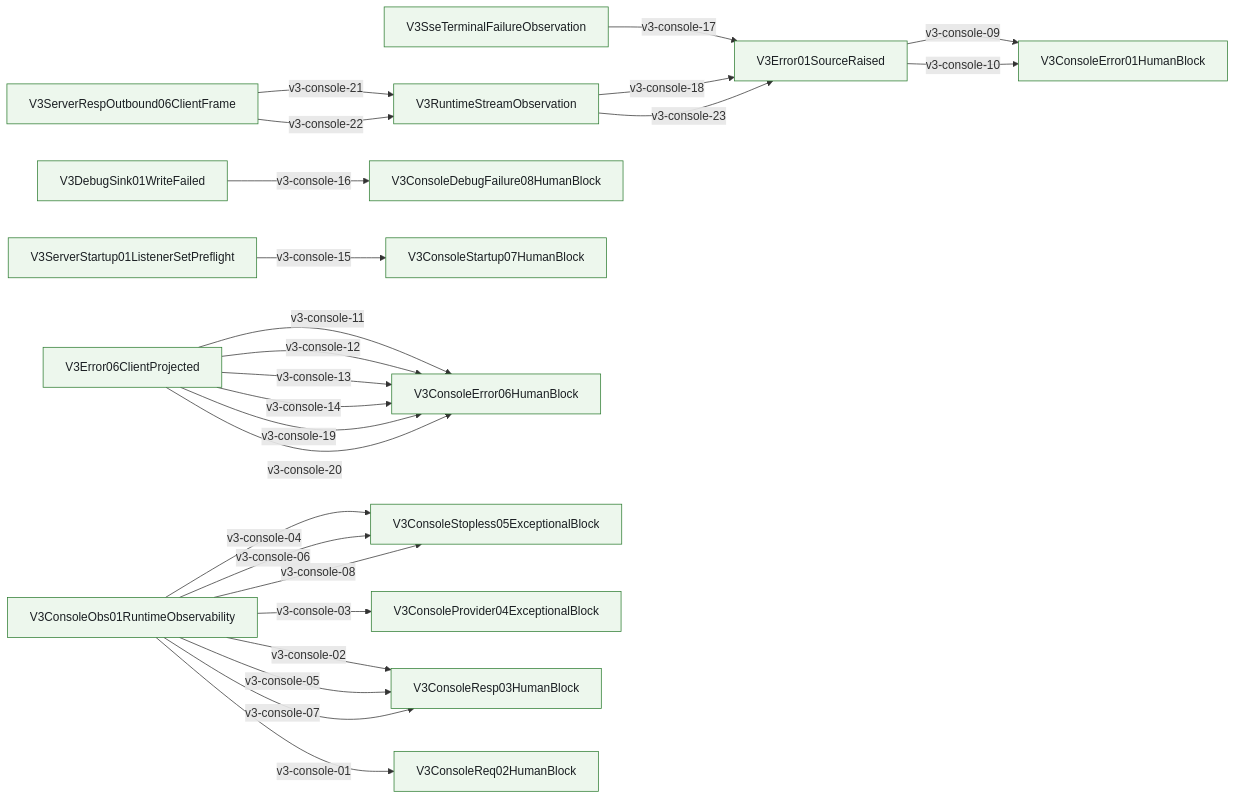
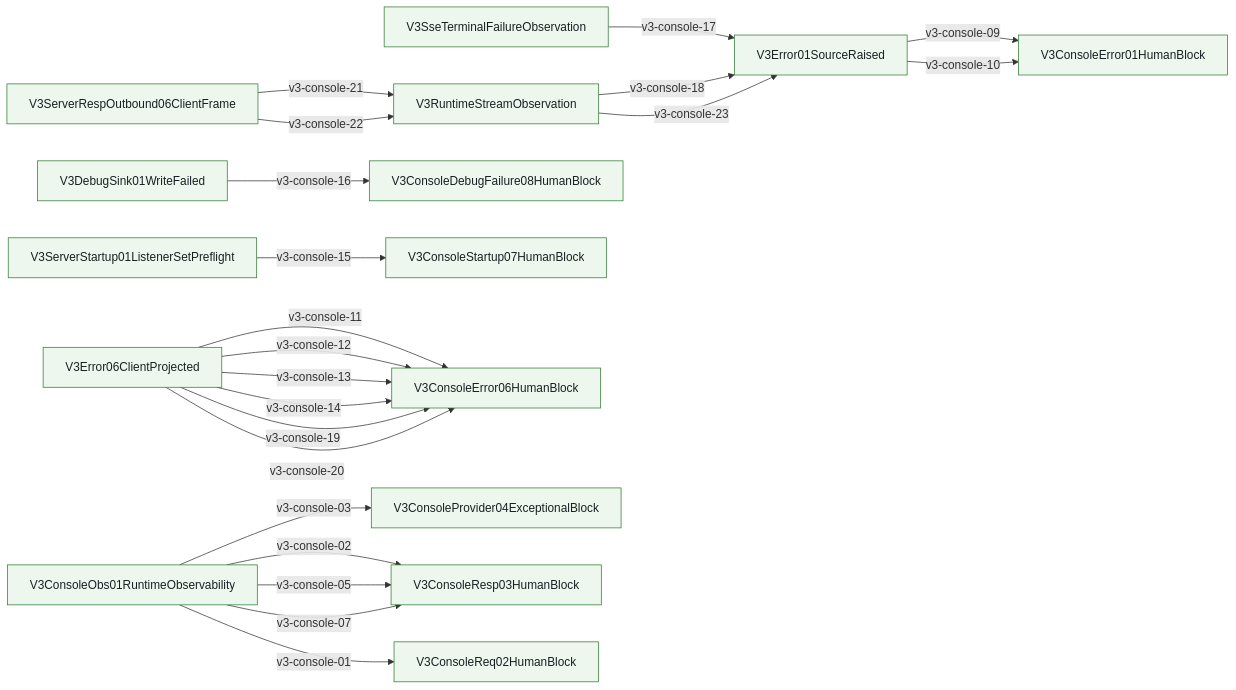
Before and after one commit to Jasonzhangf/routecodex: diagram 24 of 27 in docs/architecture/wiki/mainline-call-graph.md, drawn with Mermaid. The commit also changed other lines of this file and 330 other files, not shown here.

Commit message:
refactor(v3): retire stopless runtime

````diff
--- a/docs/architecture/wiki/mainline-call-graph.md
+++ b/docs/architecture/wiki/mainline-call-graph.md
@@ -1000,61 +888,56 @@
 ```mermaid
 flowchart LR
   V3ServerRespOutbound06ClientFrame["V3ServerRespOutbound06ClientFrame"]
   V3RuntimeStreamObservation["V3RuntimeStreamObservation"]
   V3SseTerminalFailureObservation["V3SseTerminalFailureObservation"]
   V3ConsoleDebugFailure08HumanBlock["V3ConsoleDebugFailure08HumanBlock"]
   V3DebugSink01WriteFailed["V3DebugSink01WriteFailed"]
   V3ConsoleStartup07HumanBlock["V3ConsoleStartup07HumanBlock"]
   V3ServerStartup01ListenerSetPreflight["V3ServerStartup01ListenerSetPreflight"]
   V3ConsoleError06HumanBlock["V3ConsoleError06HumanBlock"]
   V3Error06ClientProjected["V3Error06ClientProjected"]
   V3ConsoleError01HumanBlock["V3ConsoleError01HumanBlock"]
   V3Error01SourceRaised["V3Error01SourceRaised"]
-  V3ConsoleStopless05ExceptionalBlock["V3ConsoleStopless05ExceptionalBlock"]
   V3ConsoleProvider04ExceptionalBlock["V3ConsoleProvider04ExceptionalBlock"]
   V3ConsoleResp03HumanBlock["V3ConsoleResp03HumanBlock"]
   V3ConsoleReq02HumanBlock["V3ConsoleReq02HumanBlock"]
   V3ConsoleObs01RuntimeObservability["V3ConsoleObs01RuntimeObservability"]
   V3ConsoleObs01RuntimeObservability -->|v3-console-01| V3ConsoleReq02HumanBlock
   V3ConsoleObs01RuntimeObservability -->|v3-console-02| V3ConsoleResp03HumanBlock
   V3ConsoleObs01RuntimeObservability -->|v3-console-03| V3ConsoleProvider04ExceptionalBlock
-  V3ConsoleObs01RuntimeObservability -->|v3-console-04| V3ConsoleStopless05ExceptionalBlock
   V3ConsoleObs01RuntimeObservability -->|v3-console-05| V3ConsoleResp03HumanBlock
-  V3ConsoleObs01RuntimeObservability -->|v3-console-06| V3ConsoleStopless05ExceptionalBlock
   V3ConsoleObs01RuntimeObservability -->|v3-console-07| V3ConsoleResp03HumanBlock
-  V3ConsoleObs01RuntimeObservability -->|v3-console-08| V3ConsoleStopless05ExceptionalBlock
   V3Error01SourceRaised -->|v3-console-09| V3ConsoleError01HumanBlock
   V3Error01SourceRaised -->|v3-console-10| V3ConsoleError01HumanBlock
   V3Error06ClientProjected -->|v3-console-11| V3ConsoleError06HumanBlock
   V3Error06ClientProjected -->|v3-console-12| V3ConsoleError06HumanBlock
   V3Error06ClientProjected -->|v3-console-13| V3ConsoleError06HumanBlock
   V3Error06ClientProjected -->|v3-console-14| V3ConsoleError06HumanBlock
   V3ServerStartup01ListenerSetPreflight -->|v3-console-15| V3ConsoleStartup07HumanBlock
   V3DebugSink01WriteFailed -->|v3-console-16| V3ConsoleDebugFailure08HumanBlock
   V3SseTerminalFailureObservation -->|v3-console-17| V3Error01SourceRaised
   V3RuntimeStreamObservation -->|v3-console-18| V3Error01SourceRaised
   V3Error06ClientProjected -->|v3-console-19| V3ConsoleError06HumanBlock
   V3Error06ClientProjected -->|v3-console-20| V3ConsoleError06HumanBlock
   V3ServerRespOutbound06ClientFrame -->|v3-console-21| V3RuntimeStreamObservation
   V3ServerRespOutbound06ClientFrame -->|v3-console-22| V3RuntimeStreamObservation
   V3RuntimeStreamObservation -->|v3-console-23| V3Error01SourceRaised
   classDef anchored fill:#edf7ed,stroke:#2e7d32,stroke-width:1px,color:#1b1f23;
   classDef partial fill:#fff7e6,stroke:#b26a00,stroke-width:1px,color:#1b1f23;
   classDef pending fill:#f4f4f5,stroke:#6b7280,stroke-width:1px,stroke-dasharray: 5 5,color:#1b1f23;
   class V3ConsoleObs01RuntimeObservability anchored;
   class V3ConsoleReq02HumanBlock anchored;
   class V3ConsoleResp03HumanBlock anchored;
   class V3ConsoleProvider04ExceptionalBlock anchored;
-  class V3ConsoleStopless05ExceptionalBlock anchored;
   class V3Error01SourceRaised anchored;
   class V3ConsoleError01HumanBlock anchored;
   class V3Error06ClientProjected anchored;
   class V3ConsoleError06HumanBlock anchored;
   class V3ServerStartup01ListenerSetPreflight anchored;
   class V3ConsoleStartup07HumanBlock anchored;
   class V3DebugSink01WriteFailed anchored;
   class V3ConsoleDebugFailure08HumanBlock anchored;
   class V3SseTerminalFailureObservation anchored;
   class V3RuntimeStreamObservation anchored;
   class V3ServerRespOutbound06ClientFrame anchored;
 ```
````
